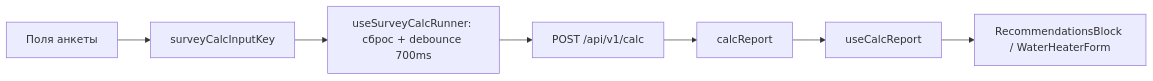
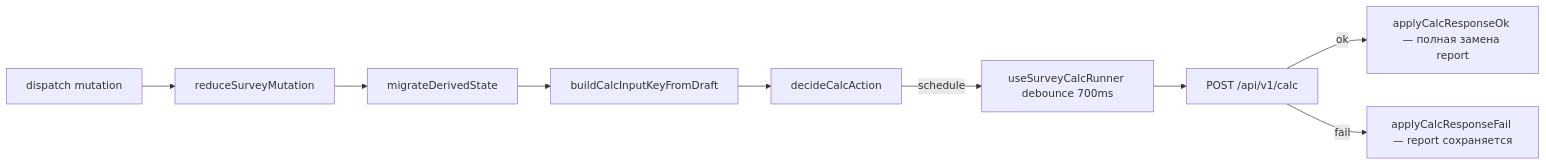
The diagram in docs/frontend-calc-runner.md (MichaelPopov62/heating-equipment-selection-service), drawn with Mermaid before and after one commit. The commit also changed other lines of this file and 34 other files, not shown here.

````diff
--- a/docs/frontend-calc-runner.md
+++ b/docs/frontend-calc-runner.md
@@ -54,9 +26,11 @@
 ```mermaid
 flowchart LR
-  Form[Поля анкеты] --> Key[surveyCalcInputKey]
-  Key --> Hook[useSurveyCalcRunner: сброс + debounce 700ms]
-  Hook --> API[POST /api/v1/calc]
-  API --> Report[calcReport]
-  Report --> Parse[useCalcReport]
-  Parse --> UI[RecommendationsBlock / WaterHeaterForm]
+  UI[dispatch mutation] --> Reduce[reduceSurveyMutation]
+  Reduce --> Migrate[migrateDerivedState]
+  Migrate --> Key[buildCalcInputKeyFromDraft]
+  Key --> Decide[decideCalcAction]
+  Decide -->|schedule| Runner[useSurveyCalcRunner debounce 700ms]
+  Runner --> API[POST /api/v1/calc]
+  API -->|ok| ApplyOk[applyCalcResponseOk — полная замена report]
+  API -->|fail| ApplyFail[applyCalcResponseFail — report сохраняется]
 ```
````
